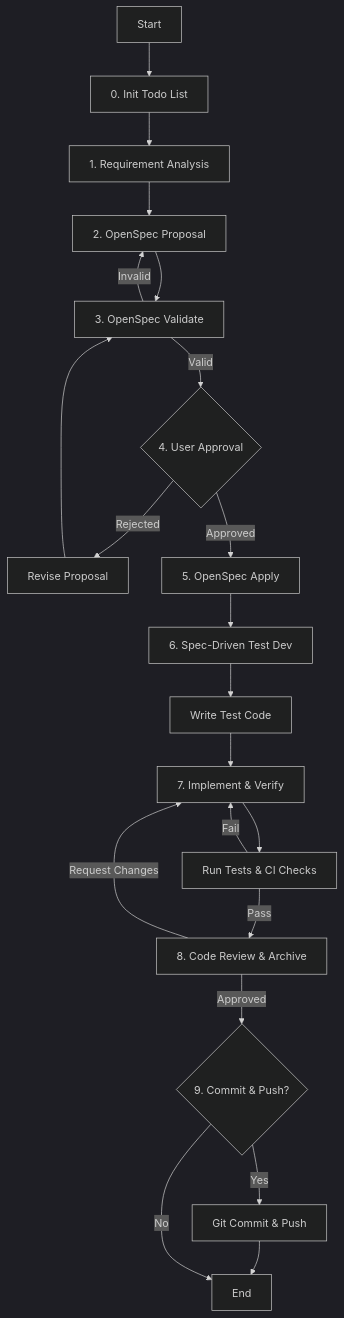
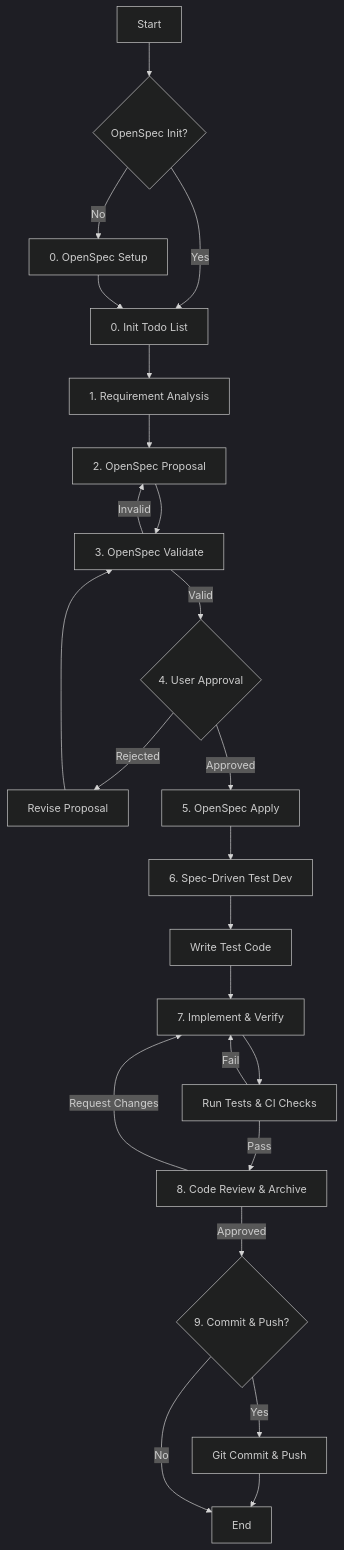
The diagram in opencode/config/agent/pm.md (ksm0709/dotfiles), drawn with Mermaid (dark theme) before and after one commit. The commit also changed other lines of this file, not shown here.

````diff
--- a/opencode/config/agent/pm.md
+++ b/opencode/config/agent/pm.md
@@ -38,23 +40,26 @@
 ```mermaid
 graph TD
-    Start[Start] --> Init[0. Init Todo List]
+    Start[Start] --> InitCheck{OpenSpec Init?}
+    InitCheck -- No --> Setup[0. OpenSpec Setup]
+    InitCheck -- Yes --> Init[0. Init Todo List]
+    Setup --> Init
     Init --> Analysis[1. Requirement Analysis]
     Analysis --> Proposal[2. OpenSpec Proposal]
     Proposal --> Validate[3. OpenSpec Validate]
     Validate -- Invalid --> Proposal
     Validate -- Valid --> Approval{4. User Approval}
     Approval -- Rejected --> Revise[Revise Proposal]
     Revise --> Validate
     Approval -- Approved --> Apply[5. OpenSpec Apply]
     Apply --> TestPlan[6. Spec-Driven Test Dev]
     TestPlan --> TestCode[Write Test Code]
     TestCode --> Implement[7. Implement & Verify]
     Implement --> Verify[Run Tests & CI Checks]
     Verify -- Fail --> Implement
     Verify -- Pass --> Review[8. Code Review & Archive]
     Review -- Request Changes --> Implement
     Review -- Approved --> CommitCheck{9. Commit & Push?}
     CommitCheck -- Yes --> GitAction[Git Commit & Push]
     GitAction --> End[End]
     CommitCheck -- No --> End
 ```
````
